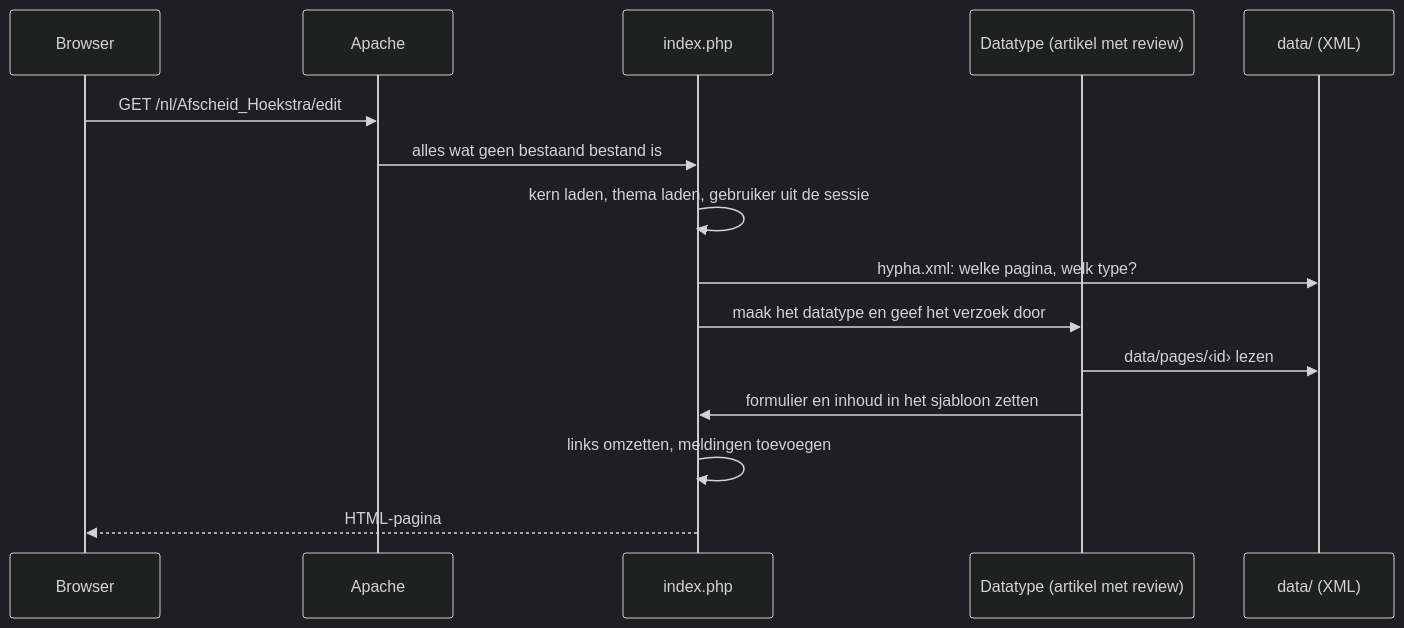
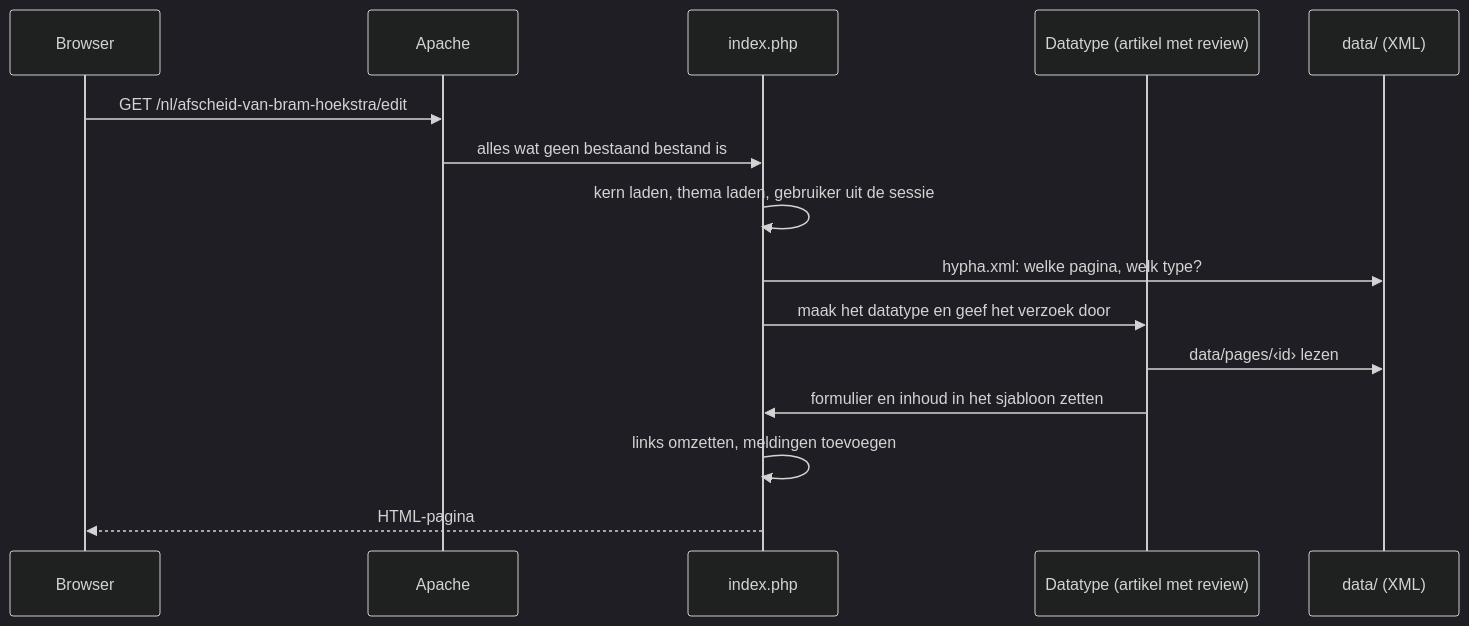
The second of 8 diagrams in docs/handleiding/techniek/01-architectuur.md (guidol-ive/hypha), drawn with Mermaid (dark theme) before and after one commit. The commit also changed other lines of this file and 46 other files, not shown here.

````diff
--- a/docs/handleiding/techniek/01-architectuur.md
+++ b/docs/handleiding/techniek/01-architectuur.md
@@ -48,17 +48,17 @@
 ```mermaid
 sequenceDiagram
     participant B as Browser
     participant A as Apache
     participant I as index.php
     participant D as Datatype (artikel met review)
     participant X as data/ (XML)
-    B->>A: GET /nl/Afscheid_Hoekstra/edit
+    B->>A: GET /nl/afscheid-van-bram-hoekstra/edit
     A->>I: alles wat geen bestaand bestand is
     I->>I: kern laden, thema laden, gebruiker uit de sessie
     I->>X: hypha.xml: welke pagina, welk type?
     I->>D: maak het datatype en geef het verzoek door
     D->>X: data/pages/‹id› lezen
     D->>I: formulier en inhoud in het sjabloon zetten
     I->>I: links omzetten, meldingen toevoegen
     I-->>B: HTML-pagina
 ```
````
